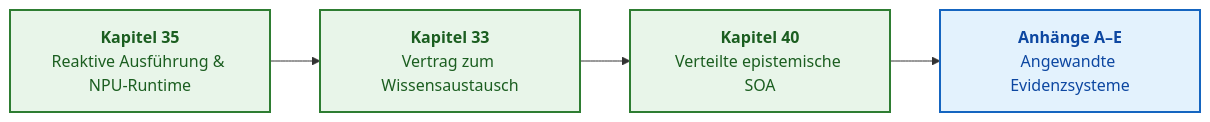
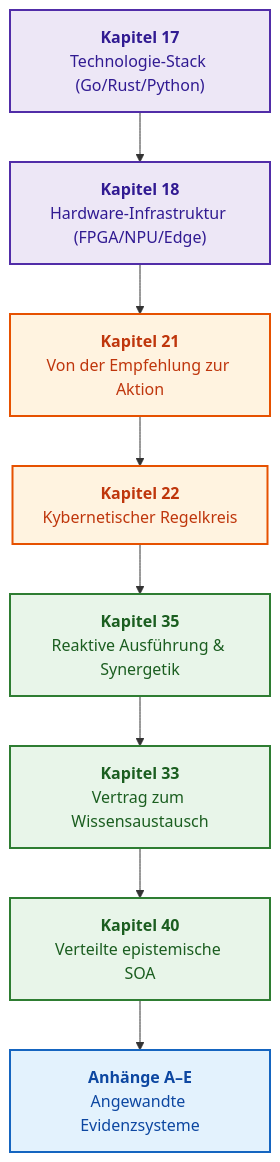
One commit to nick-fedchik/articles changed the diagram in ExpertSystem/translations/de/part-07-runtime-and-knowledge-exchange.md. Above: the diagram before and after it, drawn with Mermaid. The commit also changed other lines of this file and 174 other files, not shown here.

````diff
--- a/ExpertSystem/translations/de/part-07-runtime-and-knowledge-exchange.md
+++ b/ExpertSystem/translations/de/part-07-runtime-and-knowledge-exchange.md
@@ -19,14 +19,22 @@
 ```mermaid
-flowchart LR
-    accTitle: Reaktive Ausführung, Föderation und verteilte SOA in Teil VII
-    accDescr: Ereignisgesteuerte Ausführung und Synergetik des Wissens, systemübergreifender Regelaustausch und Skalierung in eine verteilte epistemische SOA.
+flowchart TD
+    accTitle: Implementierung, kybernetische Ausführung und verteilte SOA in Teil VII
+    accDescr: Technologie-Stack, Hardwarebeschleuniger, Aktionsautorisierung, kybernetische Rückkopplung, reaktive Ausführung, Wissensaustausch und verteilte epistemische SOA.
 
-    REACT["<b>Kapitel 35</b><br/>Reaktive Ausführung & NPU-Runtime"] --> EXPORT["<b>Kapitel 33</b><br/>Vertrag zum Wissensaustausch"]
+    CH17["<b>Kapitel 17</b><br/>Technologie-Stack (Go/Rust/Python)"] --> CH18["<b>Kapitel 18</b><br/>Hardware-Infrastruktur (FPGA/NPU/Edge)"]
+    CH18 --> CH21["<b>Kapitel 21</b><br/>Von der Empfehlung zur Aktion"]
+    CH21 --> CH22["<b>Kapitel 22</b><br/>Kybernetischer Regelkreis"]
+    CH22 --> REACT["<b>Kapitel 35</b><br/>Reaktive Ausführung & Synergetik"]
+    REACT --> EXPORT["<b>Kapitel 33</b><br/>Vertrag zum Wissensaustausch"]
     EXPORT --> DISTR["<b>Kapitel 40</b><br/>Verteilte epistemische SOA"]
     DISTR --> APPS["<b>Anhänge A–E</b><br/>Angewandte Evidenzsysteme"]
 
+    classDef impl fill:#ede7f6,stroke:#512da8,stroke-width:2px,color:#311b92;
+    classDef act fill:#fff3e0,stroke:#e65100,stroke-width:2px,color:#bf360c;
     classDef nodeStyle fill:#e8f5e9,stroke:#2e7d32,stroke-width:2px,color:#1b5e20;
     classDef appStyle fill:#e3f2fd,stroke:#1565c0,stroke-width:2px,color:#0d47a1;
+    class CH17,CH18 impl;
+    class CH21,CH22 act;
     class REACT,EXPORT,DISTR nodeStyle;
     class APPS appStyle;
 ```
````
